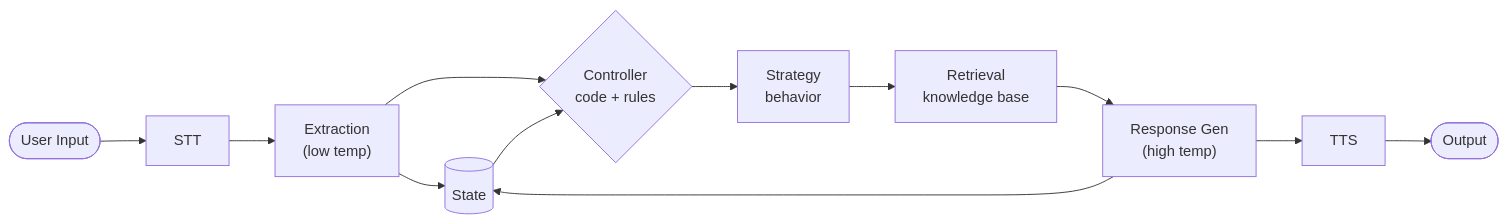
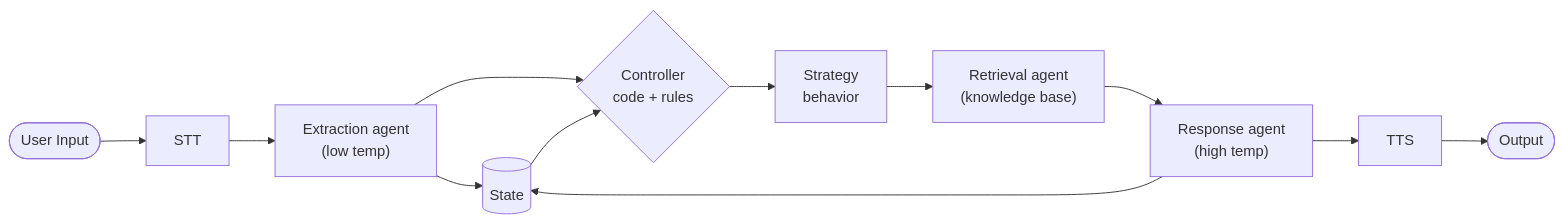
One commit to nyoak12/voice-ai-orchestrator changed the second of 2 diagrams in README.md. Above: the diagram before and after it, drawn with Mermaid. The commit also changed other lines of this file, not shown here.

````diff
--- a/README.md
+++ b/README.md
@@ -23,14 +23,14 @@
 ```mermaid
 flowchart LR
     A([User Input]) --> B[STT]
-    B --> C["Extraction\n(low temp)"]
+    B --> C["Extraction agent\n(low temp)"]
     C --> D[(State)]
     C --> E{Controller\ncode + rules}
     D --> E
     E --> F[Strategy\nbehavior]
-    F --> G[Retrieval\nknowledge base]
-    G --> I["Response Gen\n(high temp)"]
+    F --> G["Retrieval agent\n(knowledge base)"]
+    G --> I["Response agent\n(high temp)"]
     I --> D
     I --> L[TTS]
     L --> M([Output])
 ```
````
